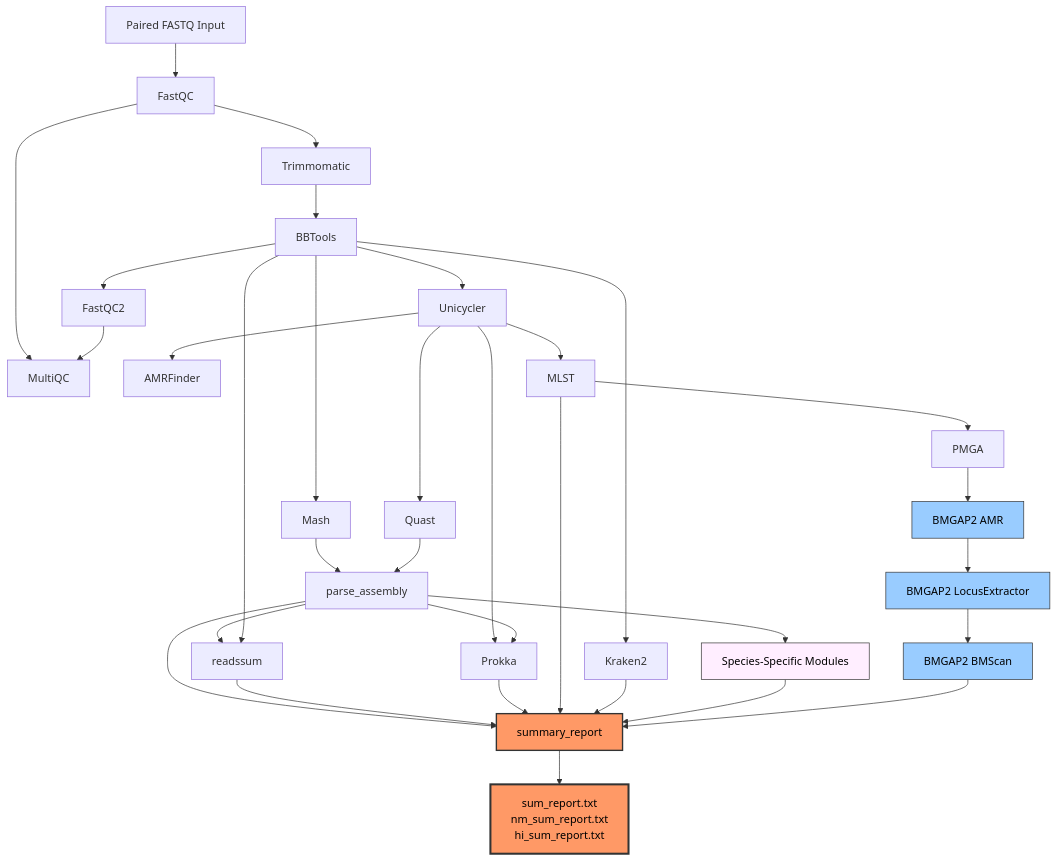
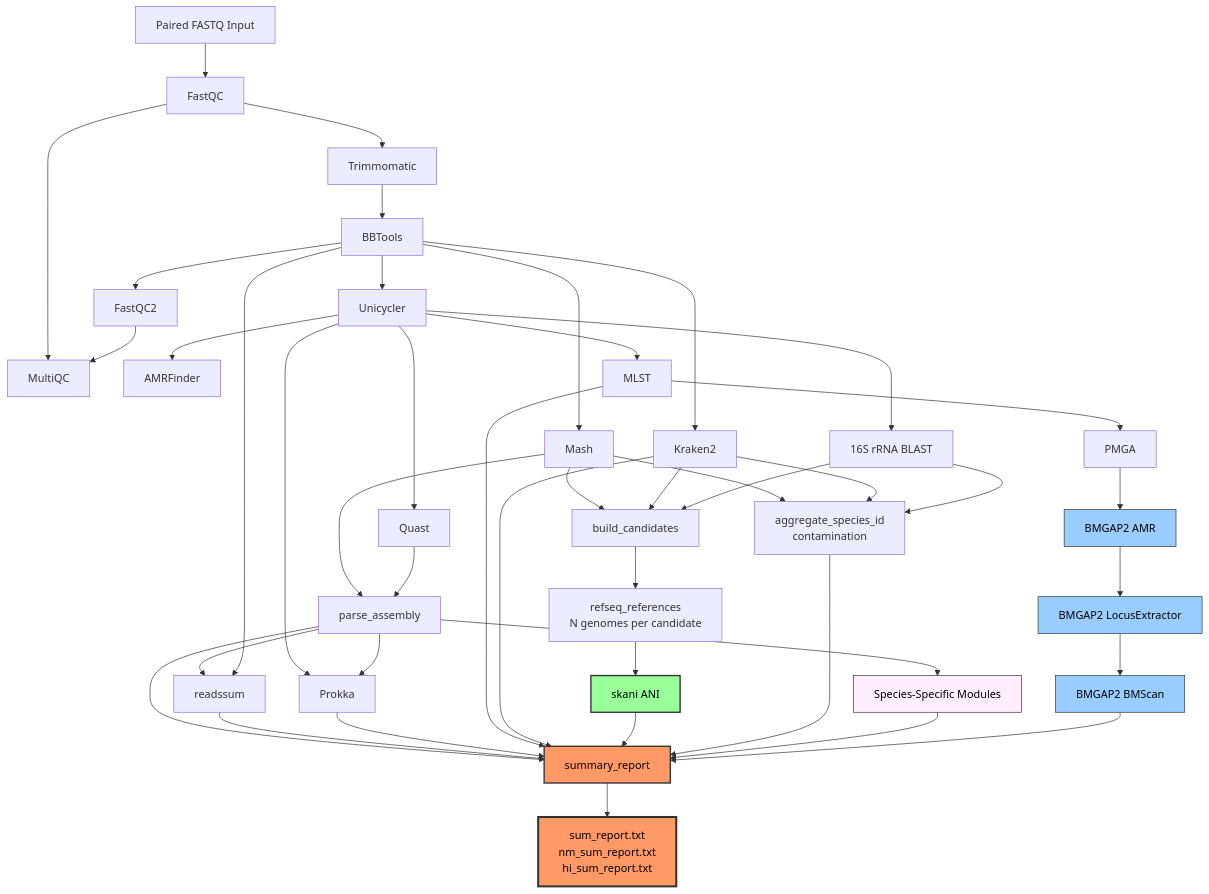
Before and after one commit to BPHL-Molecular/Sanibel: the diagram in README.md, drawn with Mermaid. The commit also changed other lines of this file and 8 other files, not shown here.

````diff
--- a/README.md
+++ b/README.md
@@ -126,47 +129,62 @@
 ```mermaid
 flowchart TD
     A[Paired FASTQ Input] --> B[FastQC]
     B --> C[Trimmomatic]
     C --> D[BBTools]
     D --> E[FastQC2]
     B --> F[MultiQC]
     E --> F
 
     D --> G[Mash]
     D --> H[Unicycler]
     D --> I[Kraken2]
 
     H --> J[Quast]
     H --> K[AMRFinder]
     H --> L[MLST]
     H --> M[Prokka]
+    H --> W[16S rRNA BLAST]
 
     G --> O[parse_assembly]
     J --> O
     O --> M
     O --> P[readssum]
     D --> P
+
+    %% Species ID: candidate pool to multi-reference skani ANI
+    G --> CP[build_candidates]
+    I --> CP
+    W --> CP
+    CP --> RR[refseq_references<br/>N genomes per candidate]
+    RR --> SK[skani ANI]
+
+    G --> AG[aggregate_species_id<br/>contamination]
+    I --> AG
+    W --> AG
 
     O --> SP[Species-Specific Modules]
     L --> NM[PMGA]
     NM --> S[BMGAP2 AMR]
     S --> T[BMGAP2 LocusExtractor]
     T --> U[BMGAP2 BMScan]
 
     O --> X[summary_report]
     P --> X
     M --> X
     L --> X
     I --> X
+    SK --> X
+    AG --> X
     SP --> X
     U --> X
 
     X --> Y[sum_report.txt<br/>nm_sum_report.txt<br/>hi_sum_report.txt]
 
     style SP fill:#fef,stroke:#333,color:#000
+    style SK fill:#9f9,stroke:#333,stroke-width:2px,color:#000
     style S fill:#9cf,stroke:#333,color:#000
     style T fill:#9cf,stroke:#333,color:#000
     style U fill:#9cf,stroke:#333,color:#000
     style X fill:#f96,stroke:#333,stroke-width:2px,color:#000
     style Y fill:#f96,stroke:#333,stroke-width:3px,color:#000
 ```
````
